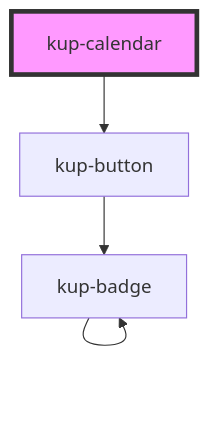
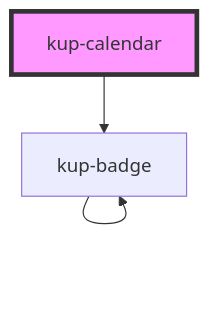
One commit to smeup/ketchup changed the diagram in packages/ketchup/src/components/kup-calendar/readme.md. Above: the diagram before and after it, drawn with Mermaid. The commit also changed other lines of this file and 9 other files, not shown here.

Commit message:
kup-calendar: added playground to showcase.

````diff
--- a/packages/ketchup/src/components/kup-calendar/readme.md
+++ b/packages/ketchup/src/components/kup-calendar/readme.md
@@ -57,7 +96,6 @@
 ```mermaid
 graph TD;
-  kup-calendar --> kup-button
-  kup-button --> kup-badge
+  kup-calendar --> kup-badge
   kup-badge --> kup-badge
   style kup-calendar fill:#f9f,stroke:#333,stroke-width:4px
 ```
````
